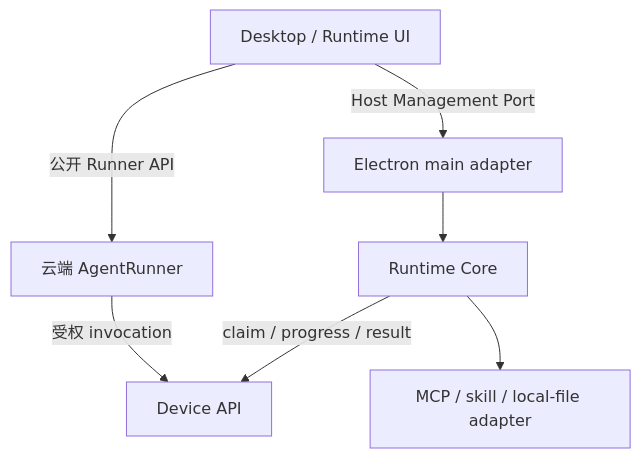
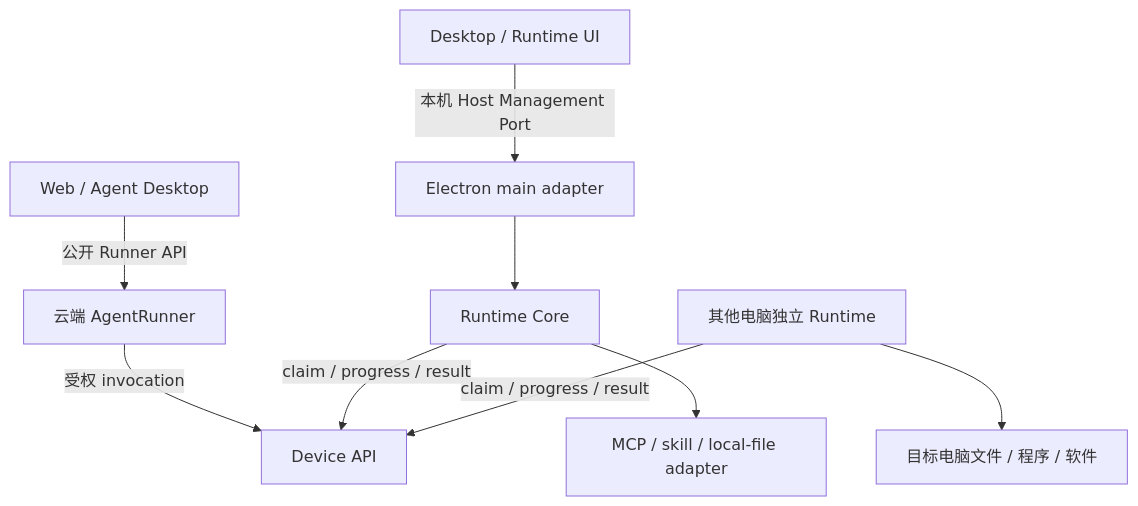
The diagram in docs/system/runner-desktop-runtime-integration-contract.md (ethynic/aid-work-agent), drawn with Mermaid before and after one commit. The commit also changed other lines of this file and 155 other files, not shown here.

First line of the commit message:
feat(runtime): 交付独立插件 Host 和 Windows 验收客户端

````diff
--- a/docs/system/runner-desktop-runtime-integration-contract.md
+++ b/docs/system/runner-desktop-runtime-integration-contract.md
@@ -44,9 +50,11 @@
 ```mermaid
 flowchart TD
-  UI[Desktop / Runtime UI] -->|Host Management Port| Main[Electron main adapter]
+  UI[Desktop / Runtime UI] -->|本机 Host Management Port| Main[Electron main adapter]
   Main --> Core[Runtime Core]
-  UI -->|公开 Runner API| Cloud[云端 AgentRunner]
+  Entry[Web / Agent Desktop] -->|公开 Runner API| Cloud[云端 AgentRunner]
   Cloud -->|受权 invocation| Device[Device API]
   Core -->|claim / progress / result| Device
   Core --> Plugins[MCP / skill / local-file adapter]
+  Remote[其他电脑独立 Runtime] -->|claim / progress / result| Device
+  Remote --> RemotePlugins[目标电脑文件 / 程序 / 软件]
 ```
````
